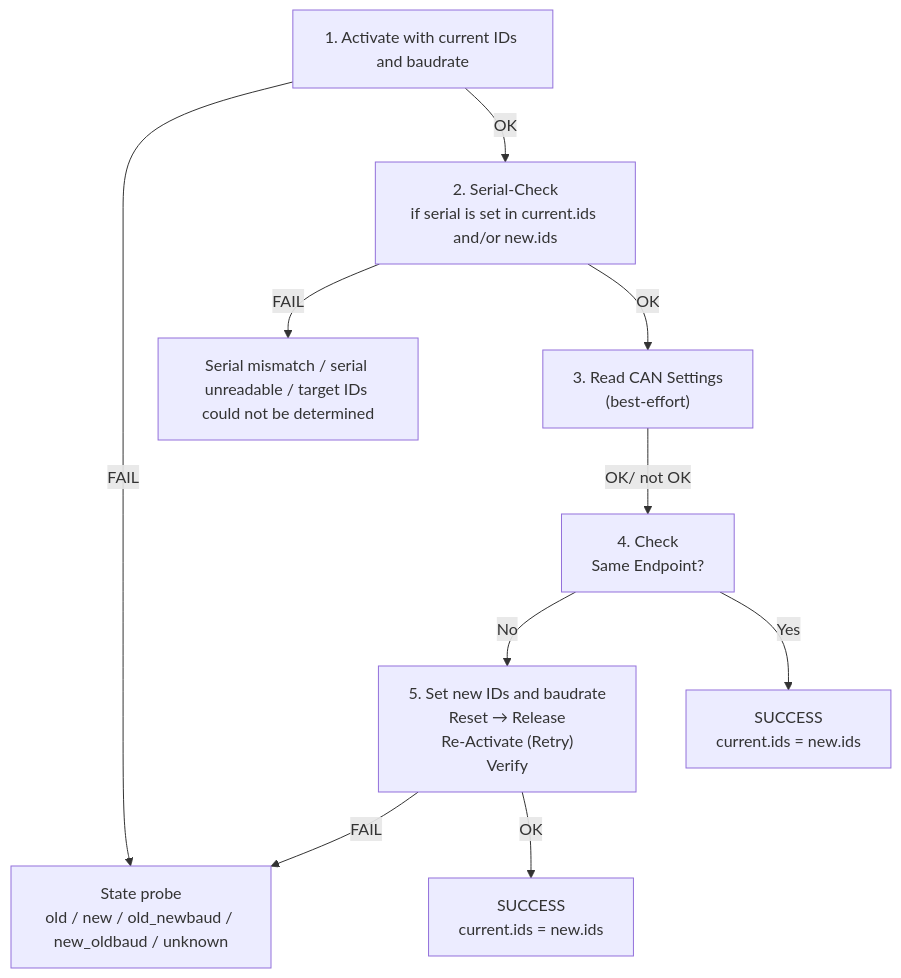
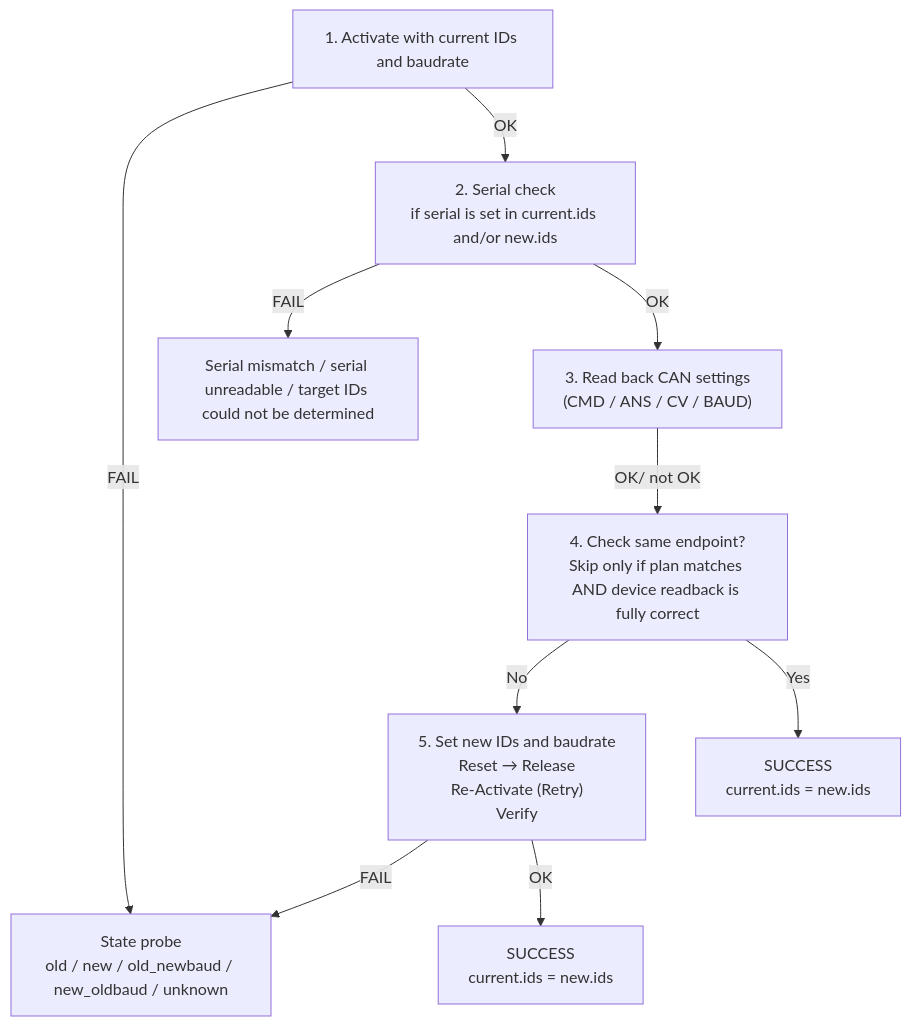
The first of 12 diagrams in README.md (me-systeme/StartupCAN), drawn with Mermaid before and after one commit. The commit also changed other lines of this file and 3 other files, not shown here.

````diff
--- a/README.md
+++ b/README.md
@@ -47,19 +47,19 @@
 ```mermaid
 flowchart TD
   B["1. Activate with current IDs and baudrate"]
 
   B -->|FAIL| P
-  B -->|OK| C["2. Serial-Check<br/>if serial is set in current.ids and/or new.ids"]
+  B -->|OK| C["2. Serial check<br/>if serial is set in current.ids and/or new.ids"]
 
   C -->|FAIL| F2["Serial mismatch / serial unreadable / target IDs could not be determined"]
-  C -->|OK| D["3. Read CAN Settings<br/>(best-effort)"]
+  C -->|OK| D["3. Read back CAN settings<br/>(CMD / ANS / CV / BAUD)"]
 
-  D -->|OK/ not OK| E["4. Check <br/>Same Endpoint?"]
+  D -->|OK/ not OK| E["4. Check same endpoint?<br/>Skip only if plan matches AND device readback is fully correct"]
   
   E -->|No| F["5. Set new IDs and baudrate<br/>Reset → Release<br/>Re-Activate (Retry)<br/>Verify"]
   E -->|Yes| F3["SUCCESS<br/>current.ids = new.ids"]
   
   F -->|FAIL| P["State probe<br/>old / new / old_newbaud / new_oldbaud / unknown"]
   F -->|OK| S["SUCCESS<br/>current.ids = new.ids"]
 
 ``` 
````
